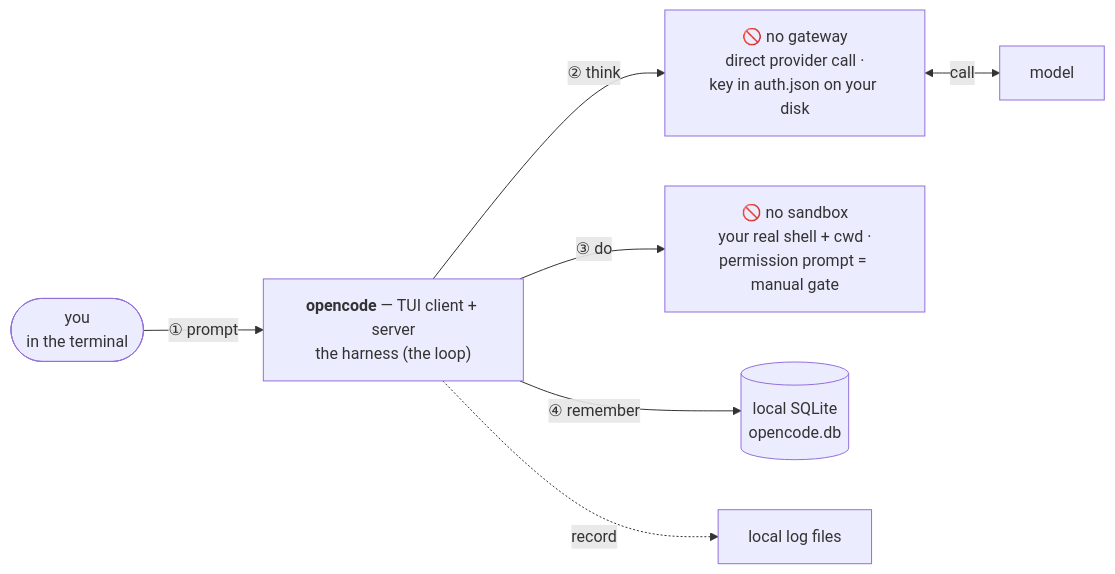
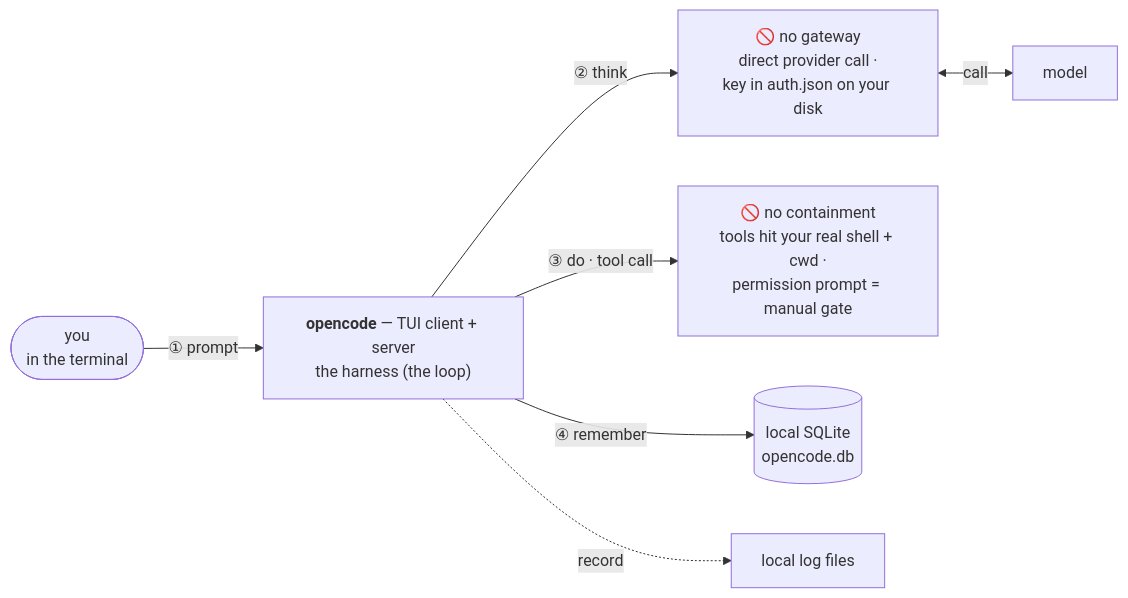
One commit to tilsley/creance changed the ninth of 15 diagrams in docs/stack-slides.md. Above: the diagram before and after it, drawn with Mermaid. The commit also changed other lines of this file, not shown here.

First line of the commit message:
docs(slides): rework model — 3 primitives (model/tool/memory), add 'contain' control

````diff
--- a/docs/stack-slides.md
+++ b/docs/stack-slides.md
@@ -131,9 +131,9 @@
 ```mermaid
 flowchart LR
   Caller(["you<br/>in the terminal"]) -->|"① prompt"| RT["<b>opencode</b> — TUI client + server<br/>the harness (the loop)"]
   RT -->|"② think"| GW["🚫 no gateway<br/>direct provider call ·<br/>key in auth.json on your disk"]
   GW <-->|"call"| Model["model"]
-  RT -->|"③ do"| SB["🚫 no sandbox<br/>your real shell + cwd ·<br/>permission prompt = manual gate"]
+  RT -->|"③ do · tool call"| SB["🚫 no containment<br/>tools hit your real shell + cwd ·<br/>permission prompt = manual gate"]
   RT -->|"④ remember"| ST[("local SQLite<br/>opencode.db")]
   RT -.->|"record"| OB["local log files"]
 ```
````
